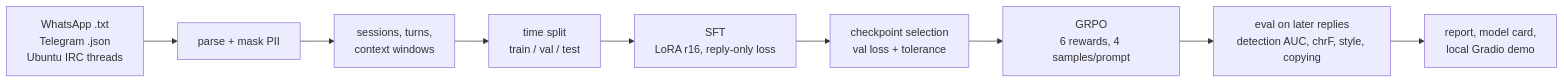
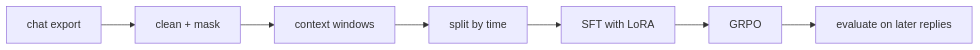
The diagram in README.md (swapnil5053/EchoLM), drawn with Mermaid before and after one commit. The commit also changed other lines of this file and 2 other files, not shown here.

````diff
--- a/README.md
+++ b/README.md
@@ -11,11 +11,9 @@
 ```mermaid
 flowchart LR
-    A[WhatsApp .txt<br/>Telegram .json<br/>Ubuntu IRC threads] --> B[parse + mask PII]
-    B --> C[sessions, turns,<br/>context windows]
-    C --> D[time split<br/>train / val / test]
-    D --> E[SFT<br/>LoRA r16, reply-only loss]
-    E --> F[checkpoint selection<br/>val loss + tolerance]
-    F --> G[GRPO<br/>6 rewards, 4 samples/prompt]
-    G --> H[eval on later replies<br/>detection AUC, chrF, style, copying]
-    H --> I[report, model card,<br/>local Gradio demo]
+    A[chat export] --> B[clean + mask]
+    B --> C[context windows]
+    C --> D[split by time]
+    D --> E[SFT with LoRA]
+    E --> F[GRPO]
+    F --> G[evaluate on later replies]
 ```
````
